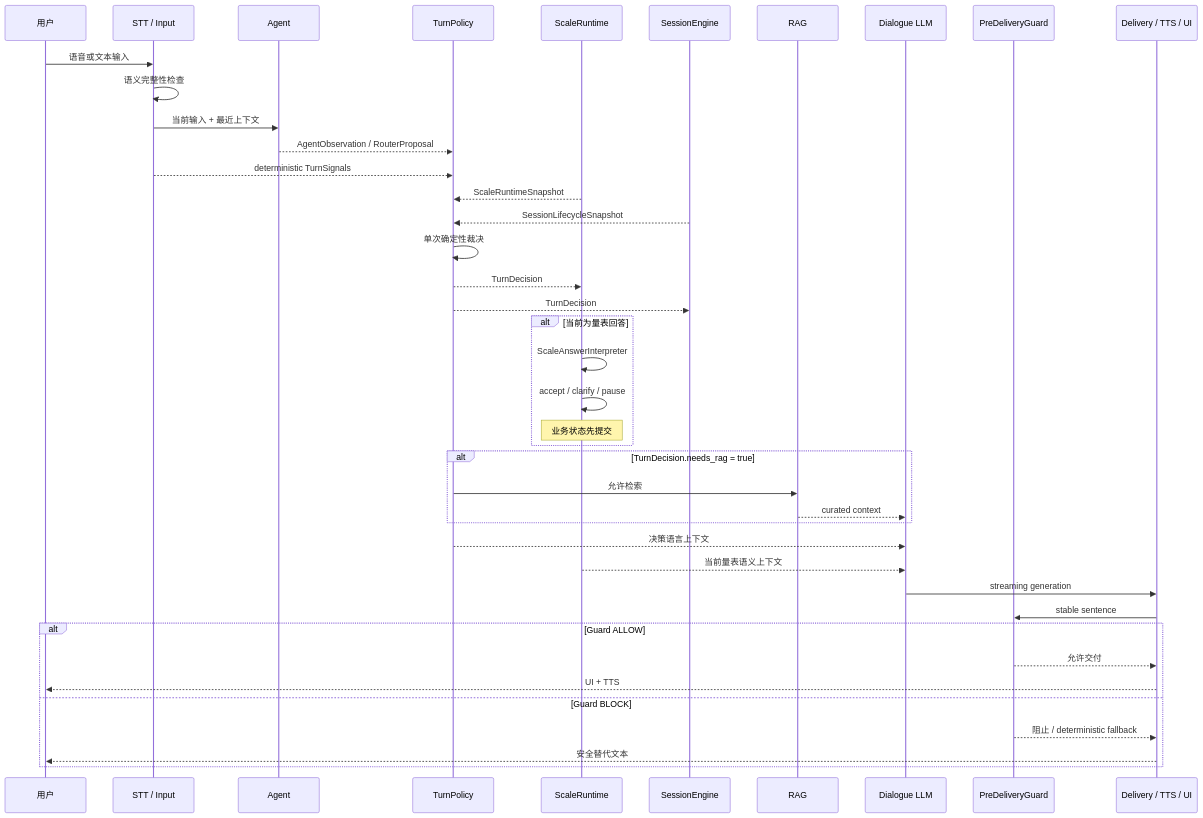
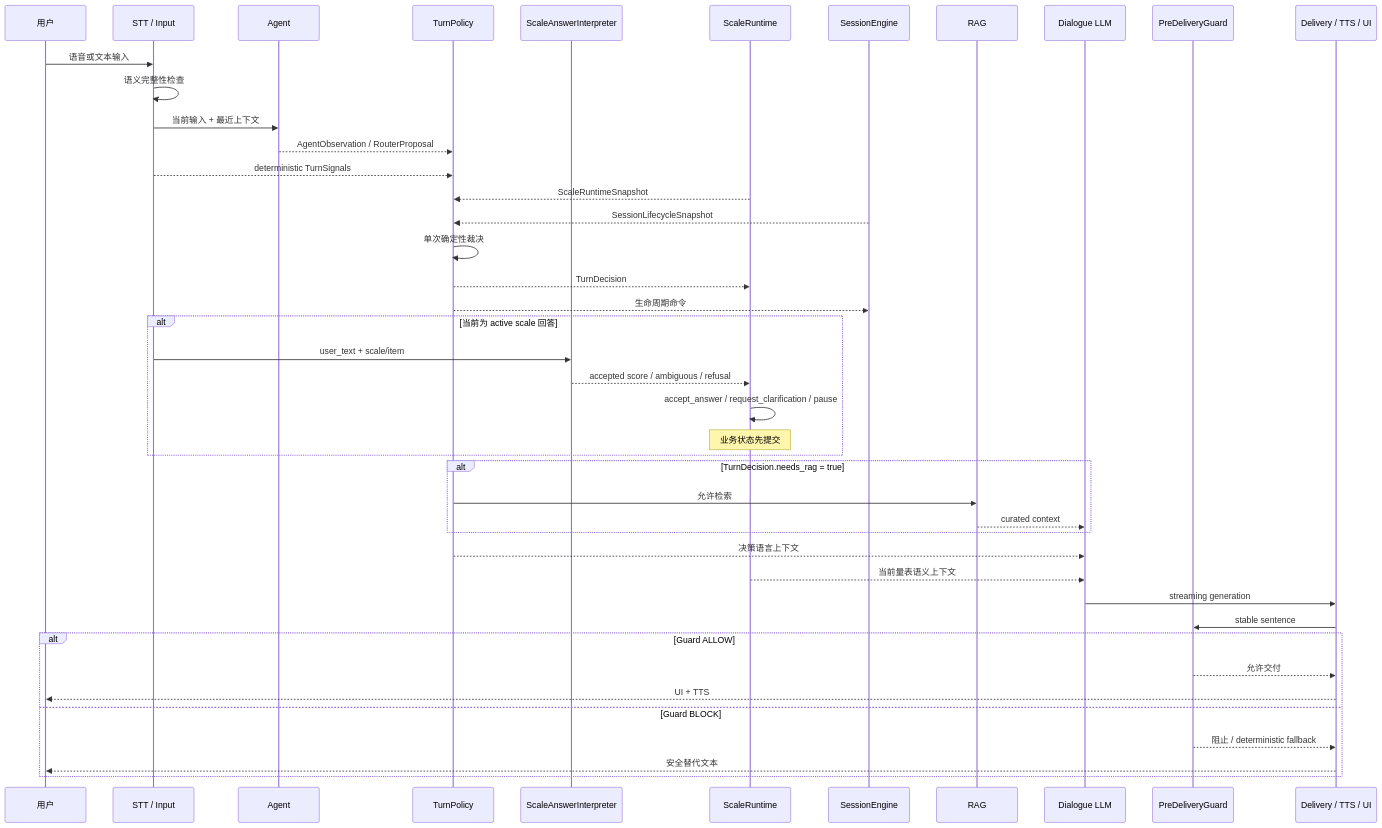
One commit to jersery66/voicechat3 changed the second of 10 diagrams in README.md. Above: the diagram before and after it, drawn with Mermaid. The commit also changed other lines of this file, not shown here.

Commit message:
docs: clarify scale and lifecycle boundaries

````diff
--- a/README.md
+++ b/README.md
@@ -316,52 +318,54 @@
 ```mermaid
 sequenceDiagram
     participant U as 用户
     participant STT as STT / Input
     participant A as Agent
     participant P as TurnPolicy
+    participant I as ScaleAnswerInterpreter
     participant S as ScaleRuntime
     participant E as SessionEngine
     participant R as RAG
     participant L as Dialogue LLM
     participant G as PreDeliveryGuard
     participant D as Delivery / TTS / UI
 
     U->>STT: 语音或文本输入
     STT->>STT: 语义完整性检查
 
     STT->>A: 当前输入 + 最近上下文
     A-->>P: AgentObservation / RouterProposal
 
     STT-->>P: deterministic TurnSignals
     S-->>P: ScaleRuntimeSnapshot
     E-->>P: SessionLifecycleSnapshot
 
     P->>P: 单次确定性裁决
     P-->>S: TurnDecision
-    P-->>E: TurnDecision
+    P-->>E: 生命周期命令
 
-    alt 当前为量表回答
-        S->>S: ScaleAnswerInterpreter
-        S->>S: accept / clarify / pause
+    alt 当前为 active scale 回答
+        STT->>I: user_text + scale/item
+        I-->>S: accepted score / ambiguous / refusal
+        S->>S: accept_answer / request_clarification / pause
         Note over S: 业务状态先提交
     end
 
     alt TurnDecision.needs_rag = true
         P->>R: 允许检索
         R-->>L: curated context
     end
 
     P-->>L: 决策语言上下文
     S-->>L: 当前量表语义上下文
 
     L->>D: streaming generation
     D->>G: stable sentence
 
     alt Guard ALLOW
         G-->>D: 允许交付
         D-->>U: UI + TTS
     else Guard BLOCK
         G-->>D: 阻止 / deterministic fallback
         D-->>U: 安全替代文本
     end
 ```
````
